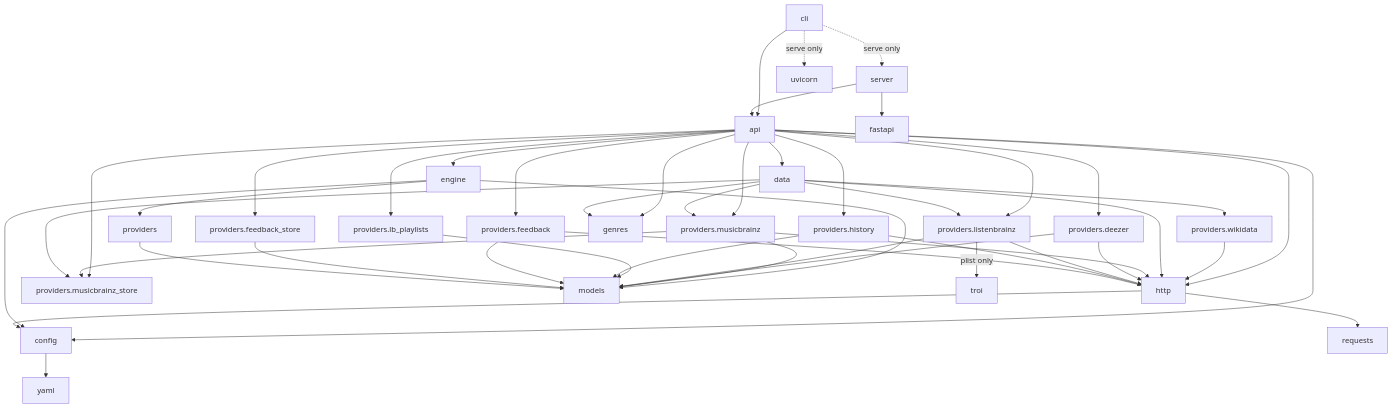
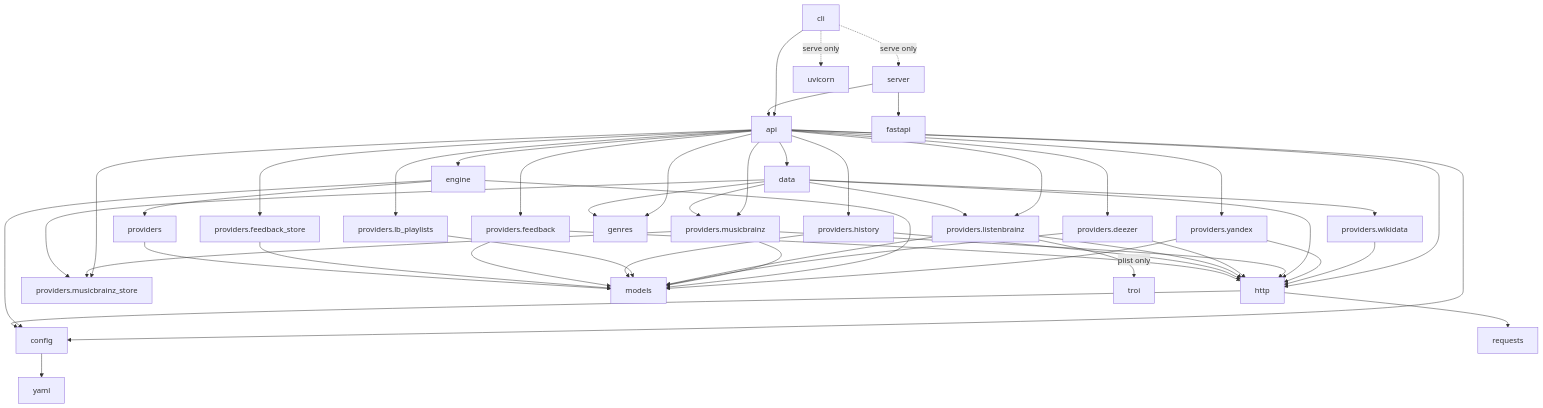
One commit to Goober-nation/Post-Radio changed the diagram in docs/dependencies.md. Above: the diagram before and after it, drawn with Mermaid. The commit also changed other lines of this file and 10 other files, not shown here.

````diff
--- a/docs/dependencies.md
+++ b/docs/dependencies.md
@@ -8,34 +8,36 @@
 ```mermaid
 flowchart TB
     cli --> api
     cli -.->|serve only| server
     cli -.->|serve only| uvicorn
     server --> api
     server --> fastapi
     api --> engine
     api --> http
     api --> config
     api --> p_mb[providers.musicbrainz]
     api --> p_dz[providers.deezer]
     api --> p_lb[providers.listenbrainz]
     api --> p_pl[providers.lb_playlists]
     api --> p_hist[providers.history]
     api --> p_fb[providers.feedback]
     api --> p_store[providers.feedback_store]
     api --> genres
     api --> p_mbs[providers.musicbrainz_store]
     p_mb --> p_mbs
     p_wd[providers.wikidata] --> http
     api --> data
+    api --> p_yx[providers.yandex]
+    p_yx --> http & models
     data --> p_wd & p_mb & p_mbs & p_lb & genres & http
     engine --> providers
     engine --> models
     engine --> config
     p_mb & p_dz & p_lb & p_hist & p_fb --> http
     p_mb & p_dz & p_lb & p_pl & p_hist & p_fb & p_store --> models
     p_lb -->|plist only| troi
     providers --> models
     http --> config
     http --> requests
     config --> yaml
 ```
````
